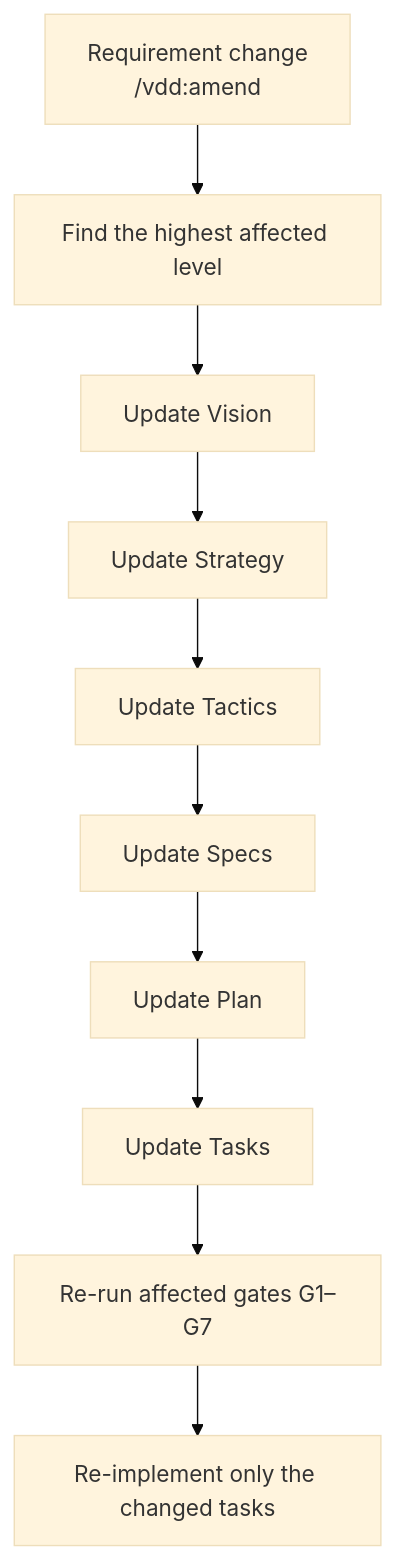
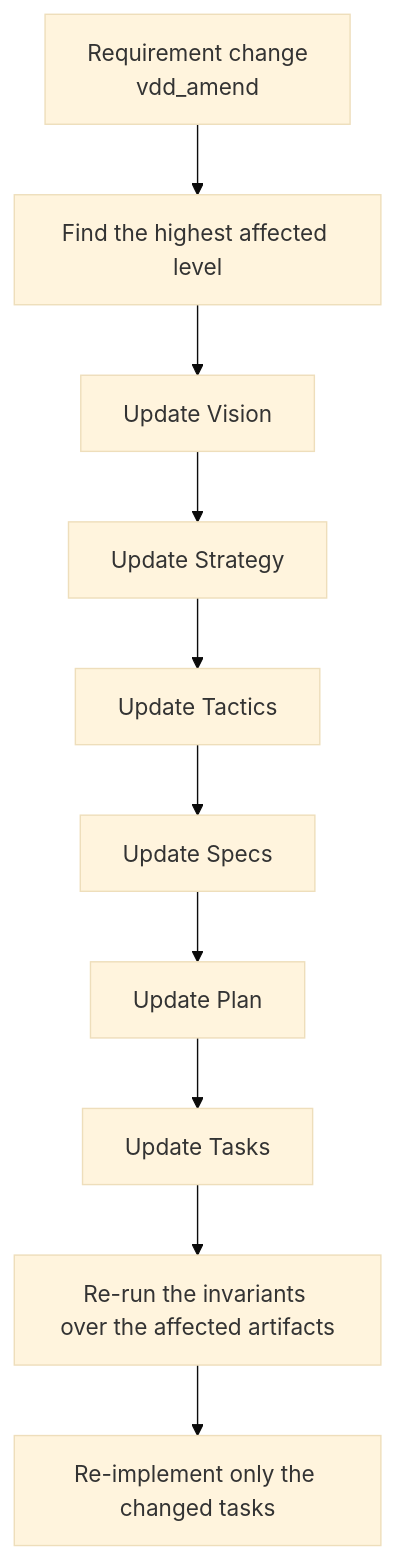
Before and after one commit to simonmak-ascent/vision-driven-design: the fourth of 4 diagrams in README.md, drawn with Mermaid (base theme). The commit also changed other lines of this file and 38 other files, not shown here.

````diff
--- a/README.md
+++ b/README.md
@@ -145,7 +140,7 @@
 ```mermaid
 flowchart TB
-    CH["Requirement change<br/>/vdd:amend"] --> FIND["Find the highest affected level"]
+    CH["Requirement change<br/>vdd_amend"] --> FIND["Find the highest affected level"]
     FIND --> U1["Update Vision"] --> U2["Update Strategy"] --> U3["Update Tactics"] --> U4["Update Specs"] --> U5["Update Plan"] --> U6["Update Tasks"]
-    U6 --> REG["Re-run affected gates G1–G7"]
+    U6 --> REG["Re-run the invariants over the affected artifacts"]
     REG --> IMPL["Re-implement only the changed tasks"]
 ```
````
